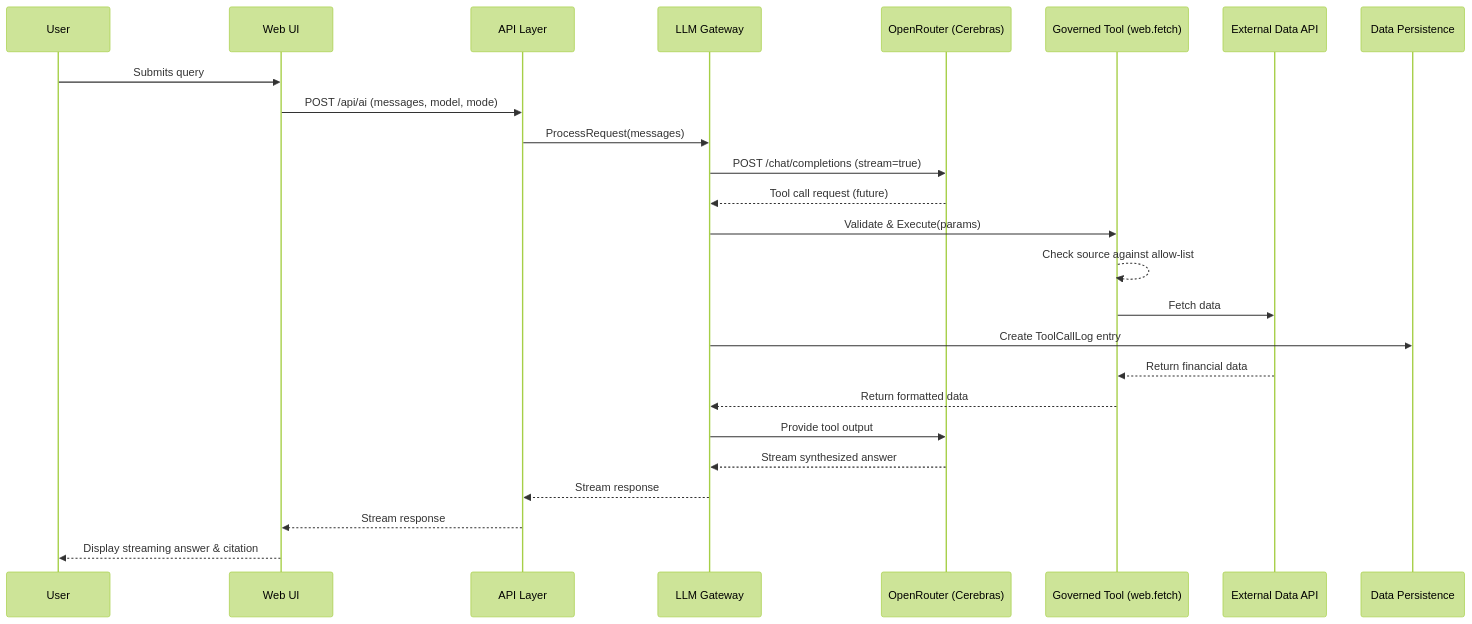
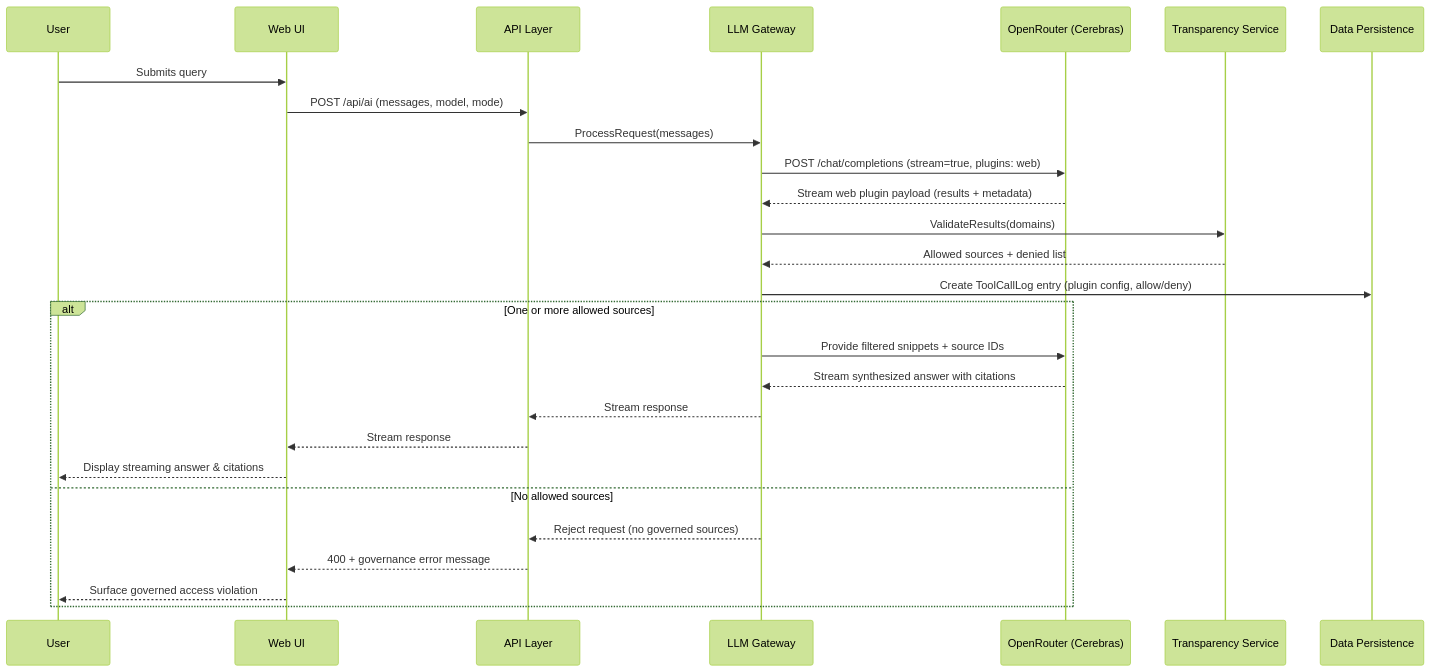
Before and after one commit to CadBane-ai/PriceControl-AI2: the sixth of 7 diagrams in docs/architecture/8-core-workflows.md, drawn with Mermaid (forest theme). The commit also changed other lines of this file and 85 other files, not shown here.

````diff
--- a/docs/architecture/8-core-workflows.md
+++ b/docs/architecture/8-core-workflows.md
@@ -150,28 +150,30 @@
 ```mermaid
 sequenceDiagram
     participant User
     participant WebUI as Web UI
     participant APILayer as API Layer
     participant LLMGateway as LLM Gateway
     participant OpenRouter as OpenRouter (Cerebras)
-    participant Tool as Governed Tool (web.fetch)
-    participant DataAPI as External Data API
+    participant Transparency as Transparency Service
     participant AuditLog as Data Persistence
 
     User->>WebUI: Submits query
     WebUI->>APILayer: POST /api/ai (messages, model, mode)
     APILayer->>LLMGateway: ProcessRequest(messages)
-    LLMGateway->>OpenRouter: POST /chat/completions (stream=true)
-    OpenRouter-->>LLMGateway: Tool call request (future)
-    LLMGateway->>Tool: Validate & Execute(params)
-    Tool-->>Tool: Check source against allow-list
-    Tool->>DataAPI: Fetch data
-    LLMGateway->>AuditLog: Create ToolCallLog entry
-    DataAPI-->>Tool: Return financial data
-    Tool-->>LLMGateway: Return formatted data
-    LLMGateway->>OpenRouter: Provide tool output
-    OpenRouter-->>LLMGateway: Stream synthesized answer
-    LLMGateway-->>APILayer: Stream response
-    APILayer-->>WebUI: Stream response
-    WebUI-->>User: Display streaming answer & citation
+    LLMGateway->>OpenRouter: POST /chat/completions (stream=true, plugins: web)
+    OpenRouter-->>LLMGateway: Stream web plugin payload (results + metadata)
+    LLMGateway->>Transparency: ValidateResults(domains)
+    Transparency-->>LLMGateway: Allowed sources + denied list
+    LLMGateway->>AuditLog: Create ToolCallLog entry (plugin config, allow/deny)
+    alt One or more allowed sources
+        LLMGateway->>OpenRouter: Provide filtered snippets + source IDs
+        OpenRouter-->>LLMGateway: Stream synthesized answer with citations
+        LLMGateway-->>APILayer: Stream response
+        APILayer-->>WebUI: Stream response
+        WebUI-->>User: Display streaming answer & citations
+    else No allowed sources
+        LLMGateway-->>APILayer: Reject request (no governed sources)
+        APILayer-->>WebUI: 400 + governance error message
+        WebUI-->>User: Surface governed access violation
+    end
 ```
````
